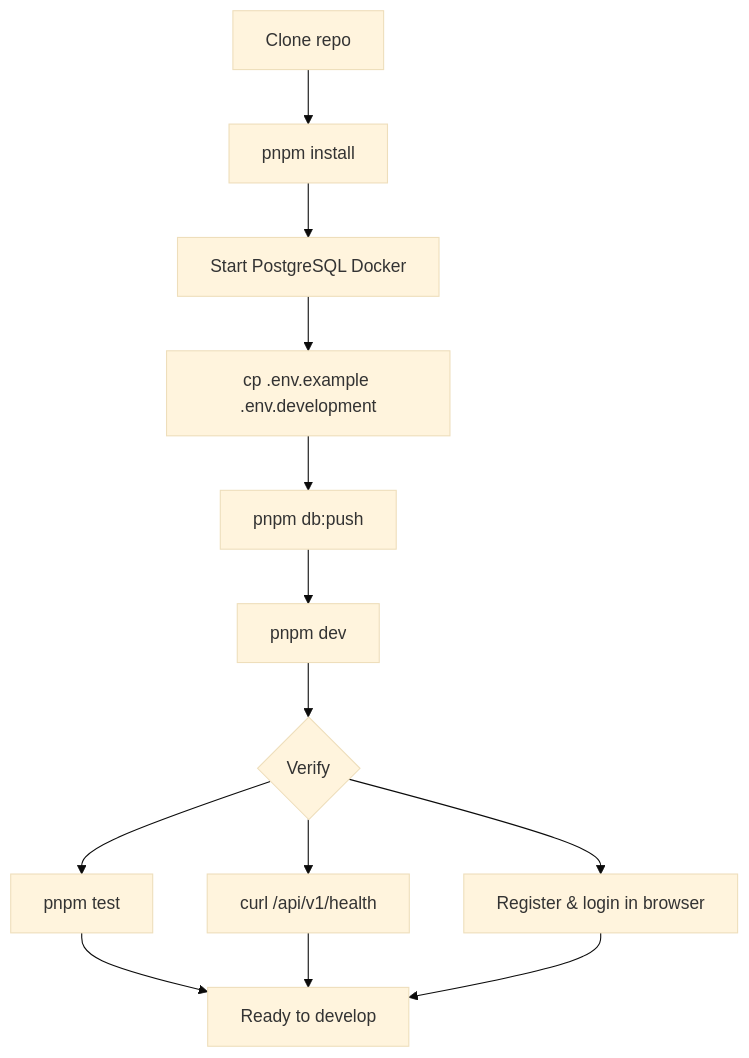
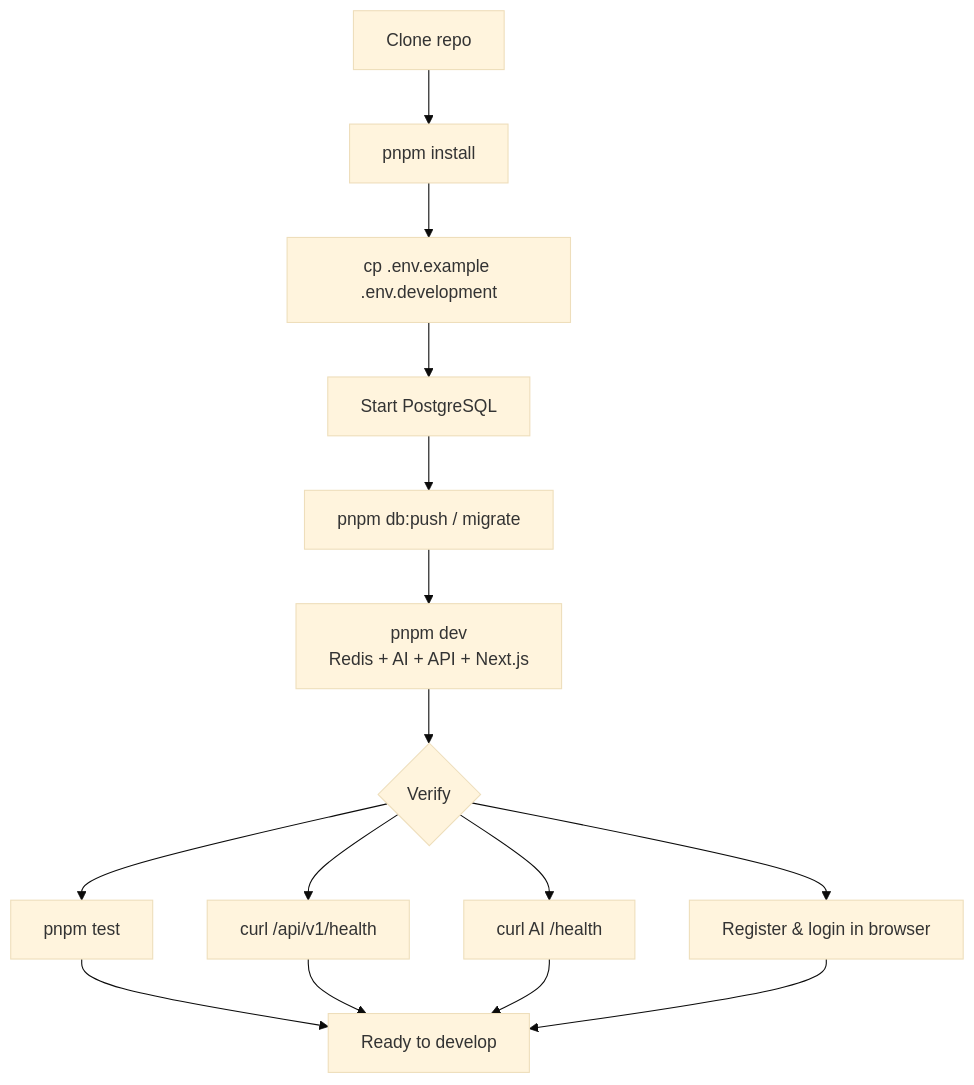
The diagram in doc/setup/getting-started.md (Khalil-Bchir/full-stack-saas-boilerplate), drawn with Mermaid (base theme) before and after one commit. The commit also changed other lines of this file and 91 other files, not shown here.

````diff
--- a/doc/setup/getting-started.md
+++ b/doc/setup/getting-started.md
@@ -9,15 +9,17 @@
 ```mermaid
 flowchart TD
     A[Clone repo] --> B[pnpm install]
-    B --> C[Start PostgreSQL Docker]
-    C --> D[cp .env.example .env.development]
-    D --> E[pnpm db:push]
-    E --> F[pnpm dev]
+    B --> C[cp .env.example .env.development]
+    C --> D[Start PostgreSQL]
+    D --> E[pnpm db:push / migrate]
+    E --> F[pnpm dev<br/>Redis + AI + API + Next.js]
     F --> G{Verify}
     G --> H[pnpm test]
     G --> I[curl /api/v1/health]
-    G --> J[Register & login in browser]
-    H --> K[Ready to develop]
-    I --> K
-    J --> K
+    G --> J[curl AI /health]
+    G --> K[Register & login in browser]
+    H --> L[Ready to develop]
+    I --> L
+    J --> L
+    K --> L
 ```
````
